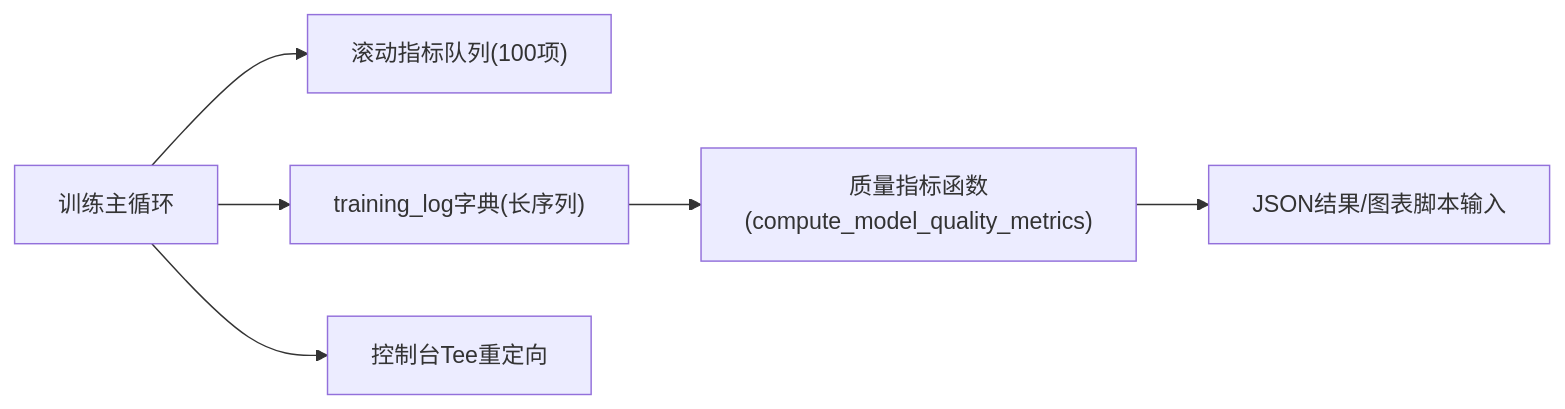
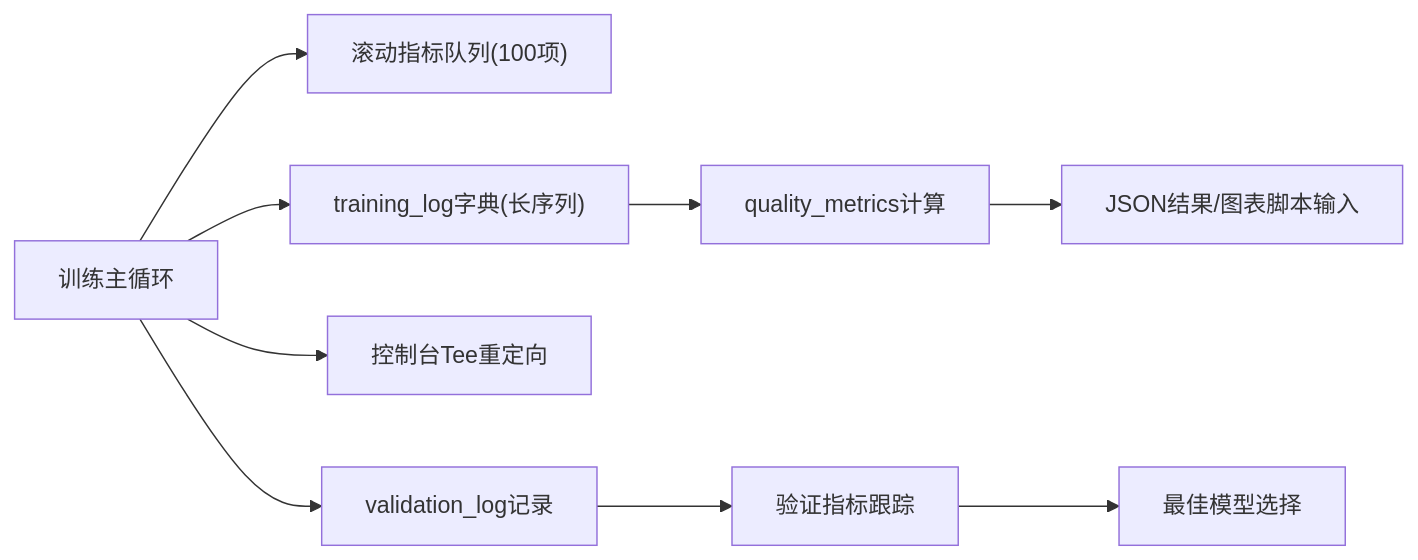
One commit to xixi10001/self_Adaptive changed the fifth of 9 diagrams in .qoder/repowiki/zh/content/项目概述/核心功能特性/CTDE-PPO算法实现/训练循环管理/训练循环管理.md. Above: the diagram before and after it, drawn with Mermaid. The commit also changed other lines of this file and 21 other files, not shown here.

````diff
--- a/.qoder/repowiki/zh/content/项目概述/核心功能特性/CTDE-PPO算法实现/训练循环管理/训练循环管理.md
+++ b/.qoder/repowiki/zh/content/项目概述/核心功能特性/CTDE-PPO算法实现/训练循环管理/训练循环管理.md
@@ -205,8 +223,11 @@
 ```mermaid
 flowchart LR
 A["训练主循环"] --> B["滚动指标队列(100项)"]
 A --> C["training_log字典(长序列)"]
-C --> D["质量指标函数(compute_model_quality_metrics)"]
+C --> D["quality_metrics计算"]
 D --> E["JSON结果/图表脚本输入"]
 A --> F["控制台Tee重定向"]
+A --> G["validation_log记录"]
+G --> H["验证指标跟踪"]
+H --> I["最佳模型选择"]
 ```
````
